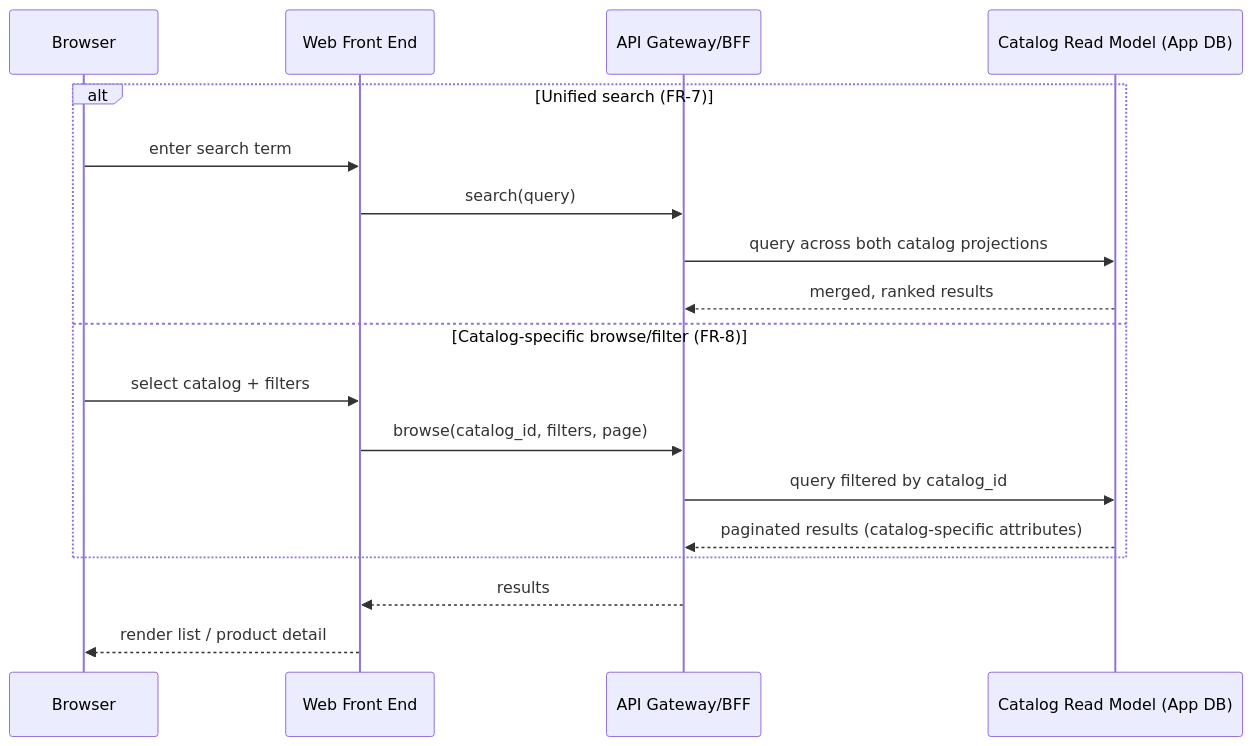
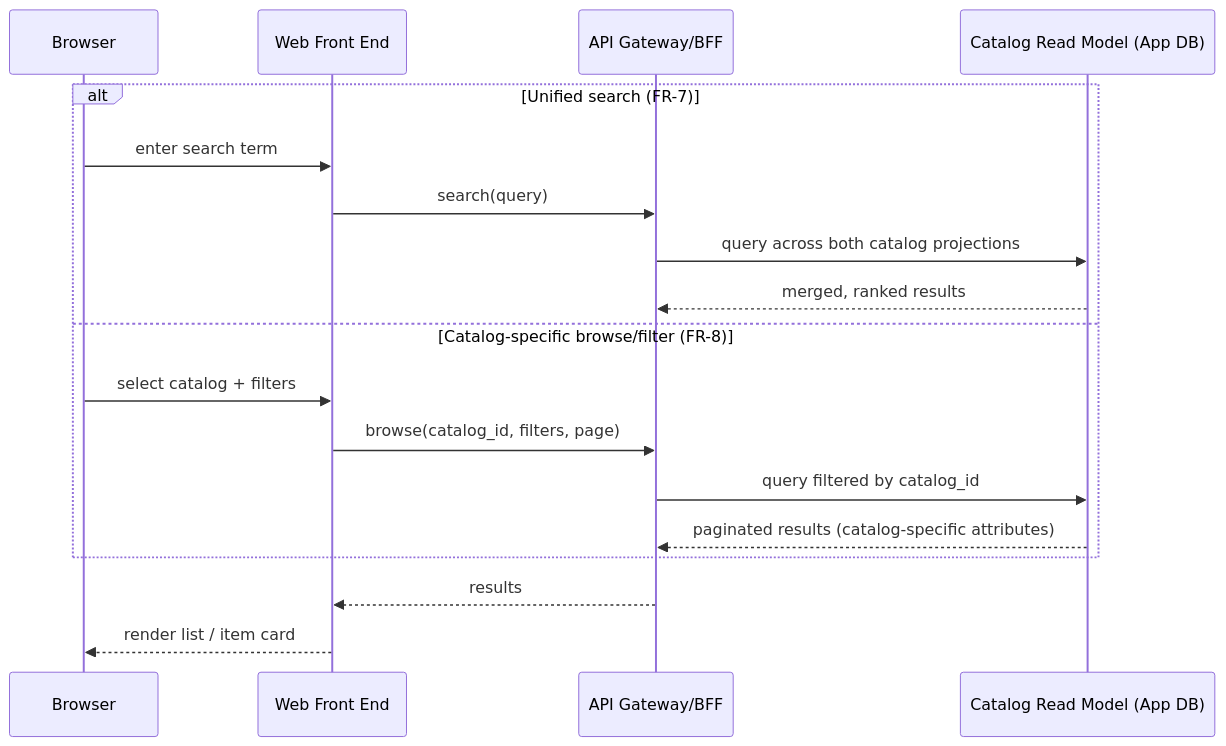
Before and after one commit to DzmitryKamashkaInt/business_analysys_pipeline: the fourth of 9 diagrams in projects/rumica-starter/working/architecture-specification.md, drawn with Mermaid. The commit also changed other lines of this file, not shown here.

Commit message:
rumica-starter: align architecture spec with FR-14/UC-6 item card

````diff
--- a/projects/rumica-starter/working/architecture-specification.md
+++ b/projects/rumica-starter/working/architecture-specification.md
@@ -102,21 +102,21 @@
 ```mermaid
 sequenceDiagram
     participant Browser
     participant FE as Web Front End
     participant GW as API Gateway/BFF
     participant RM as Catalog Read Model (App DB)
 
     alt Unified search (FR-7)
         Browser->>FE: enter search term
         FE->>GW: search(query)
         GW->>RM: query across both catalog projections
         RM-->>GW: merged, ranked results
     else Catalog-specific browse/filter (FR-8)
         Browser->>FE: select catalog + filters
         FE->>GW: browse(catalog_id, filters, page)
         GW->>RM: query filtered by catalog_id
         RM-->>GW: paginated results (catalog-specific attributes)
     end
     GW-->>FE: results
-    FE-->>Browser: render list / product detail
+    FE-->>Browser: render list / item card
 ```
````
